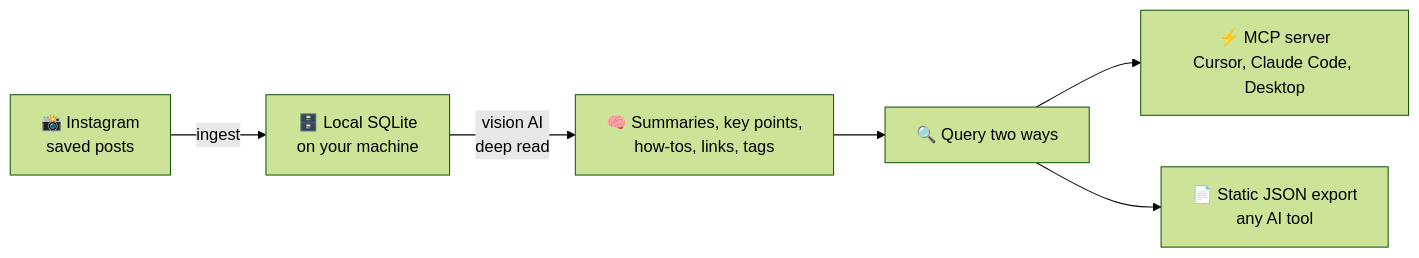
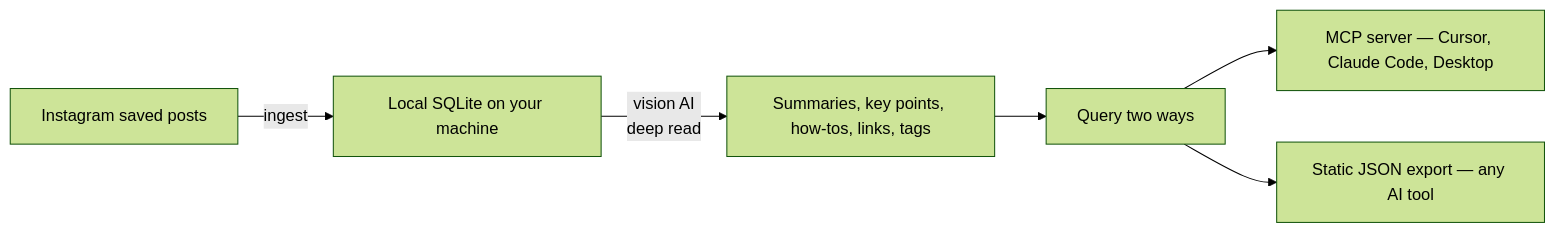
One commit to pjpoulose/PIL changed the diagram in README.md. Above: the diagram before and after it, drawn with Mermaid (forest theme). The commit also changed other lines of this file and 11 other files, not shown here.

````diff
--- a/README.md
+++ b/README.md
@@ -62,8 +62,8 @@
 ```mermaid
 flowchart LR
-    A["📸 Instagram<br/>saved posts"] -->|"ingest"| B["🗄️ Local SQLite<br/>on your machine"]
-    B -->|"vision AI<br/>deep read"| C["🧠 Summaries, key points,<br/>how-tos, links, tags"]
-    C --> D["🔍 Query two ways"]
-    D --> E["⚡ MCP server<br/>Cursor, Claude Code, Desktop"]
-    D --> F["📄 Static JSON export<br/>any AI tool"]
+    A["Instagram saved posts"] -->|"ingest"| B["Local SQLite on your machine"]
+    B -->|"vision AI<br/>deep read"| C["Summaries, key points, how-tos, links, tags"]
+    C --> D["Query two ways"]
+    D --> E["MCP server — Cursor, Claude Code, Desktop"]
+    D --> F["Static JSON export — any AI tool"]
 ```
````
